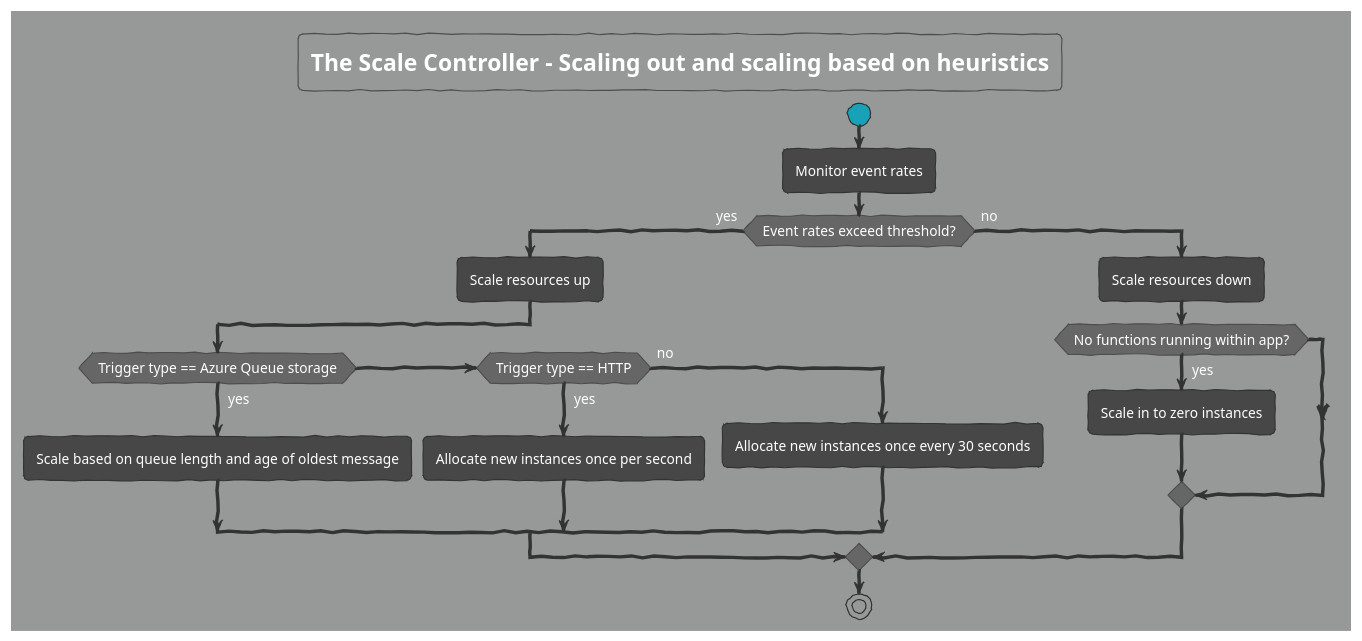
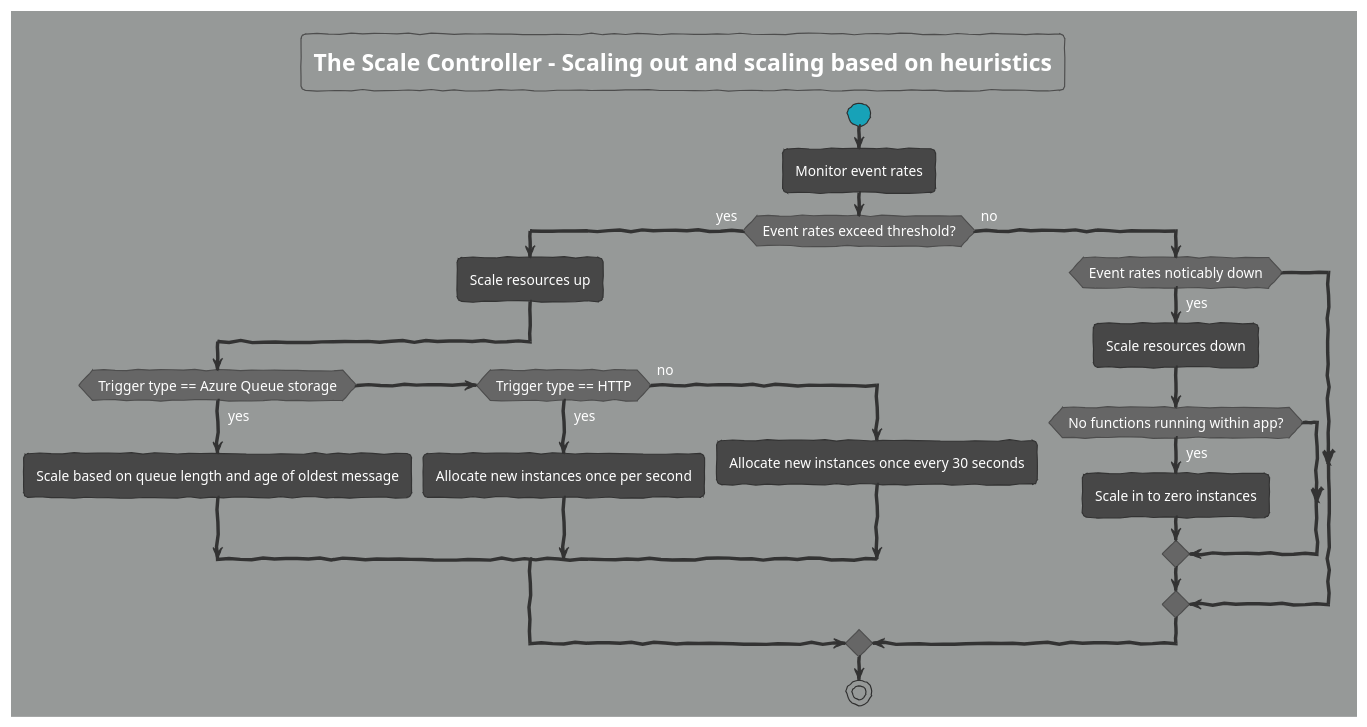
Before and after one commit to rob-bl8ke/Az204-AzureFunctions: the diagram in Notes/Diagrams/scale-controller-activity-diagram.plantuml, drawn with PlantUML. The commit also changed 3 other files, not shown here.

```diff
--- a/Notes/Diagrams/scale-controller-activity-diagram.plantuml
+++ b/Notes/Diagrams/scale-controller-activity-diagram.plantuml
@@ -1,34 +1,36 @@
 @startuml "The Scale Controller - Scaling out and scaling in based on heuristics"
 
 ' List of available themes:
 ' https://plantuml.com/theme
 !theme sketchy
 '!theme carbon-gray
 '!theme cyborg
 '!theme mars
 ' skinparam backgroundColor #e8edec
 skinparam backgroundColor #969998
 
 title "The Scale Controller - Scaling out and scaling based on heuristics"
 start
 
 :Monitor event rates;
 if (Event rates exceed threshold?) then (yes)
   :Scale resources up;
   if (Trigger type == Azure Queue storage) then (yes)
     :Scale based on queue length and age of oldest message;
   elseif (Trigger type == HTTP) then (yes)
     :Allocate new instances once per second;
   else (no)
     :Allocate new instances once every 30 seconds;
   endif
 else (no)
-  :Scale resources down;
-  if (No functions running within app?) then (yes)
-    :Scale in to zero instances;
+  if (Event rates noticably down) then (yes)
+    :Scale resources down;
+    if (No functions running within app?) then (yes)
+      :Scale in to zero instances;
+    endif
   endif
 endif
 
 stop
 
 @enduml
```
